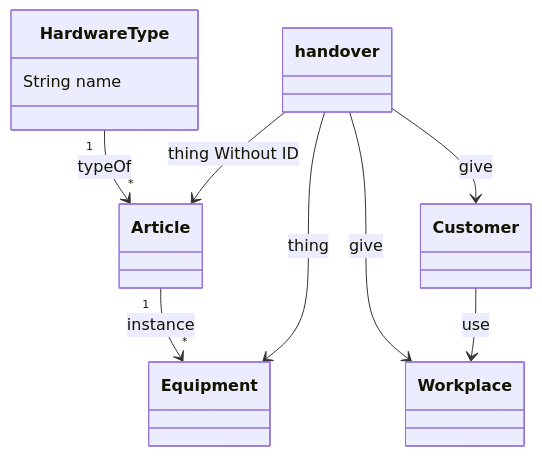
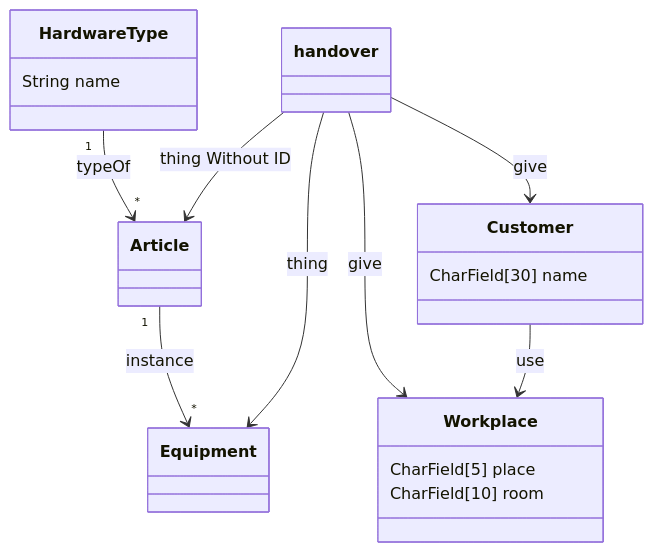
One commit to mario-spitze/companynetworkmanager changed the diagram in django/project/inventory/mermaid.mmd. Above: the diagram before and after it, drawn with Mermaid. The commit also changed 2 other files, not shown here.

```diff
--- a/django/project/inventory/mermaid.mmd
+++ b/django/project/inventory/mermaid.mmd
@@ -1,13 +1,18 @@
 classDiagram
     HardwareType "1" --> "*" Article : typeOf
     Article "1" --> "*" Equipment : instance
 
     handover --> Customer : give
 
     handover --> Workplace : give
     handover --> Equipment : thing
     handover --> Article : thing Without ID
     
     Customer --> Workplace : use
 
     HardwareType : String name
+
+    Customer : CharField[30] name
+
+    Workplace : CharField[5] place
+    Workplace : CharField[10] room
```
